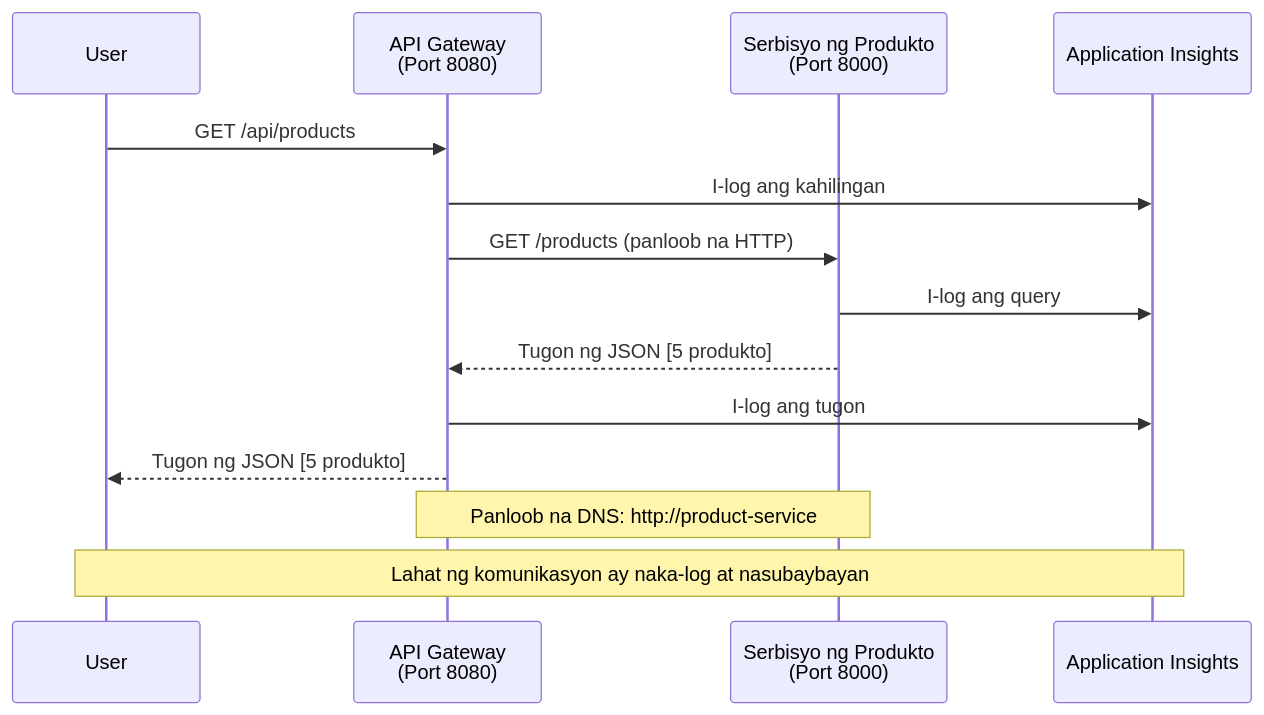
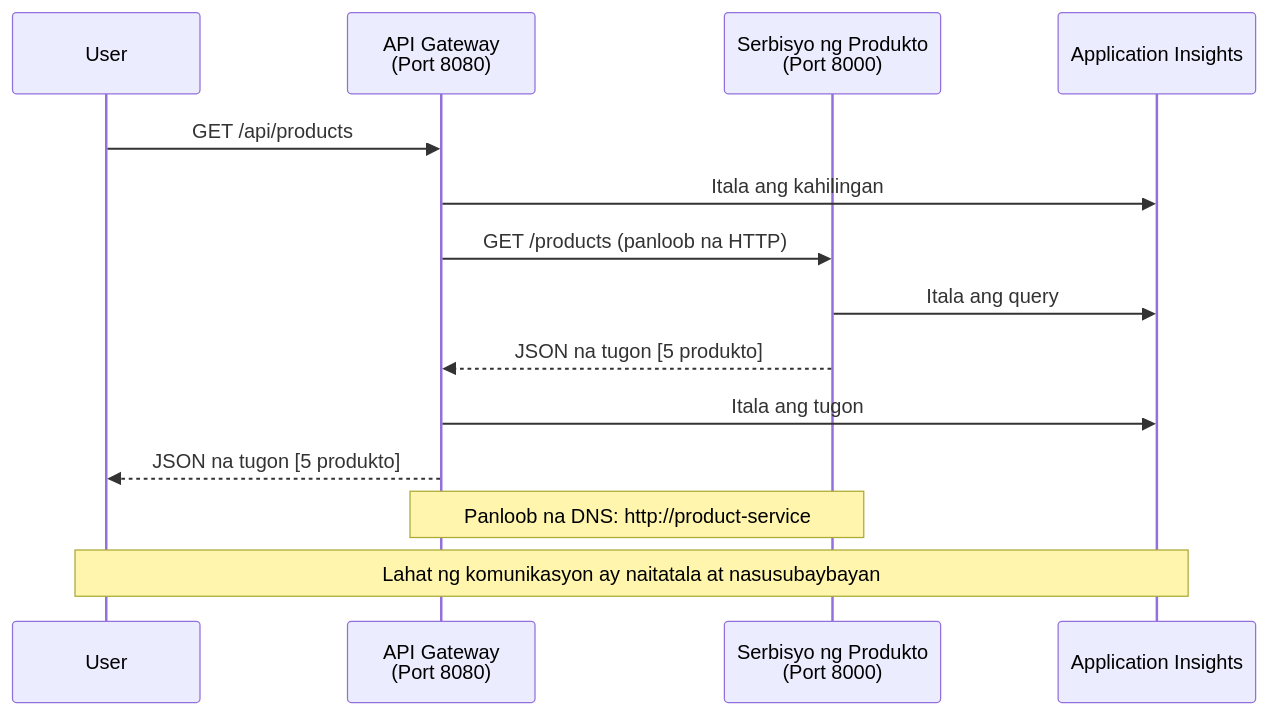
Before and after one commit to microsoft/AZD-for-beginners: the fourth of 4 diagrams in translations/tl/examples/microservices/README.md, drawn with Mermaid. The commit also changed other lines of this file and 242 other files, not shown here.

````diff
--- a/translations/tl/examples/microservices/README.md
+++ b/translations/tl/examples/microservices/README.md
@@ -432,18 +423,18 @@
 ```mermaid
 sequenceDiagram
     participant User
     participant Gateway as API Gateway<br/>(Port 8080)
     participant Product as Serbisyo ng Produkto<br/>(Port 8000)
     participant AI as Application Insights
     
     User->>Gateway: GET /api/products
-    Gateway->>AI: I-log ang kahilingan
+    Gateway->>AI: Itala ang kahilingan
     Gateway->>Product: GET /products (panloob na HTTP)
-    Product->>AI: I-log ang query
-    Product-->>Gateway: Tugon ng JSON [5 produkto]
-    Gateway->>AI: I-log ang tugon
-    Gateway-->>User: Tugon ng JSON [5 produkto]
+    Product->>AI: Itala ang query
+    Product-->>Gateway: JSON na tugon [5 produkto]
+    Gateway->>AI: Itala ang tugon
+    Gateway-->>User: JSON na tugon [5 produkto]
     
     Note over Gateway,Product: Panloob na DNS: http://product-service
-    Note over User,AI: Lahat ng komunikasyon ay naka-log at nasubaybayan
+    Note over User,AI: Lahat ng komunikasyon ay naitatala at nasusubaybayan
 ```
````
